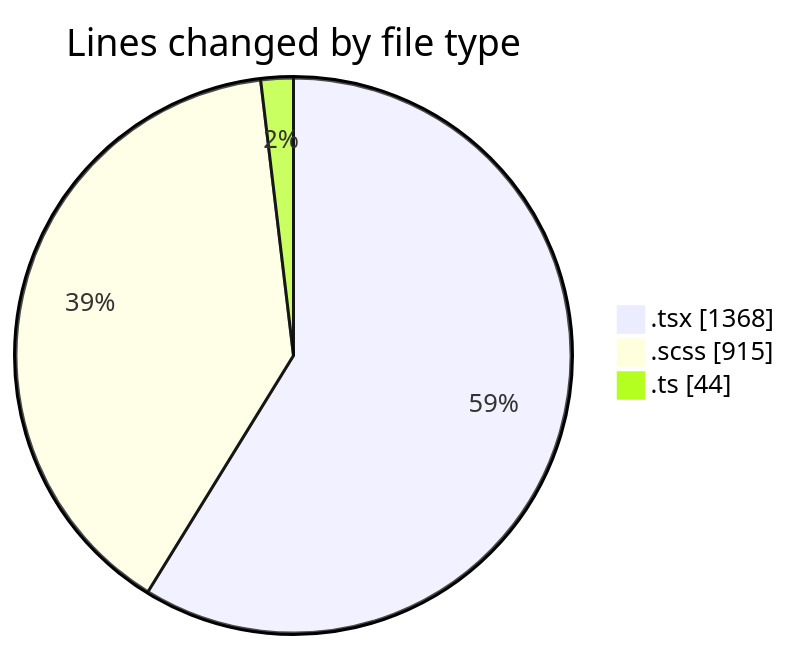
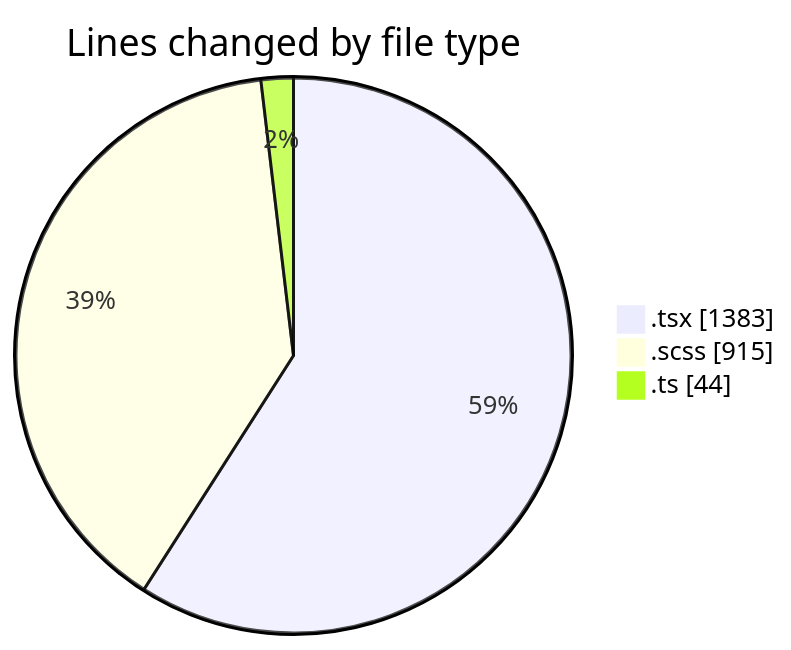
The first of 2 diagrams in 2025-03-27/cda/README.md (momahboobian/code-tracking), drawn with Mermaid before and after one commit. The commit also changed other lines of this file and 1 other file, not shown here.

````diff
--- a/2025-03-27/cda/README.md
+++ b/2025-03-27/cda/README.md
@@ -29,7 +29,7 @@
 ```mermaid
 pie showData
 title Lines changed by file type
-".tsx" : 1368
+".tsx" : 1383
 ".scss" : 915
 ".ts" : 44
 ```
````
